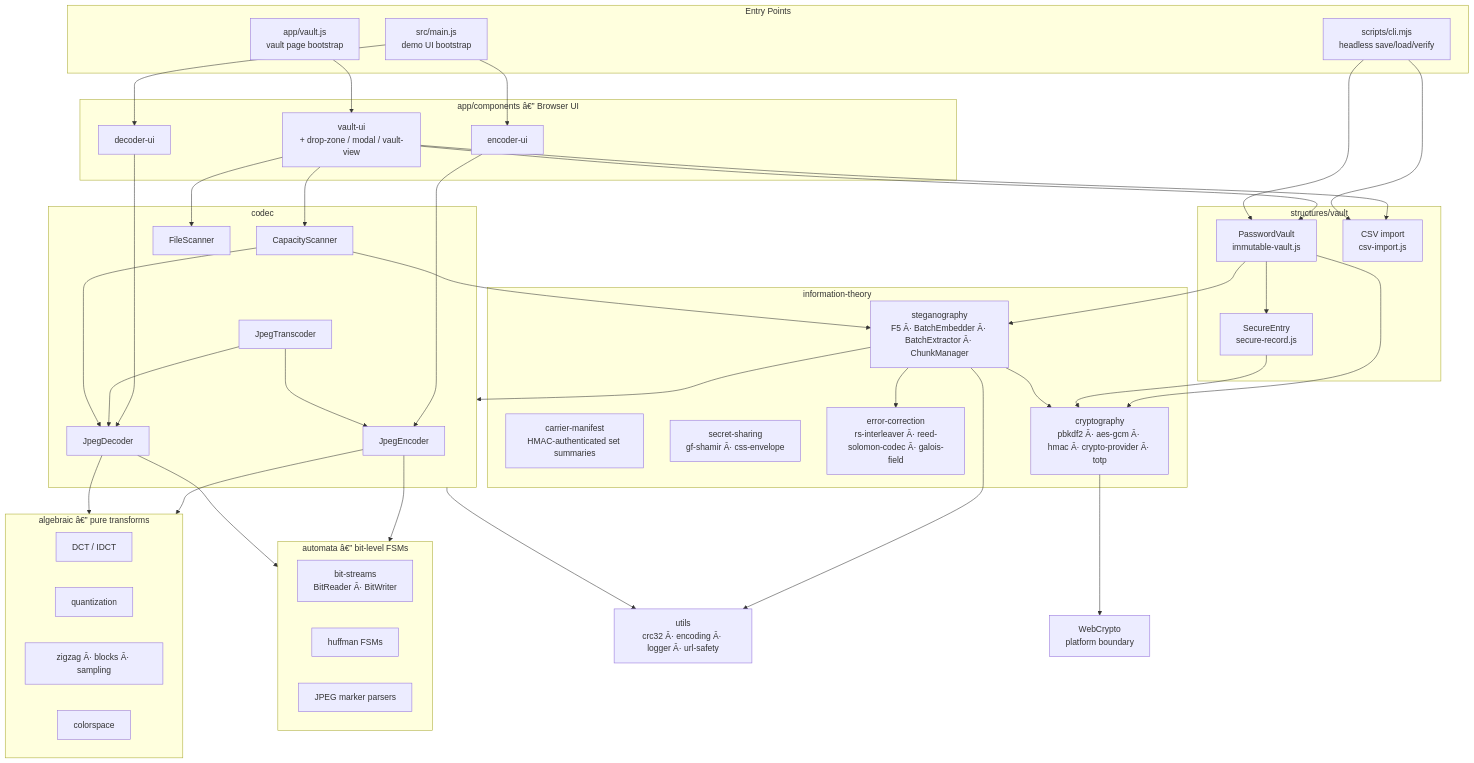
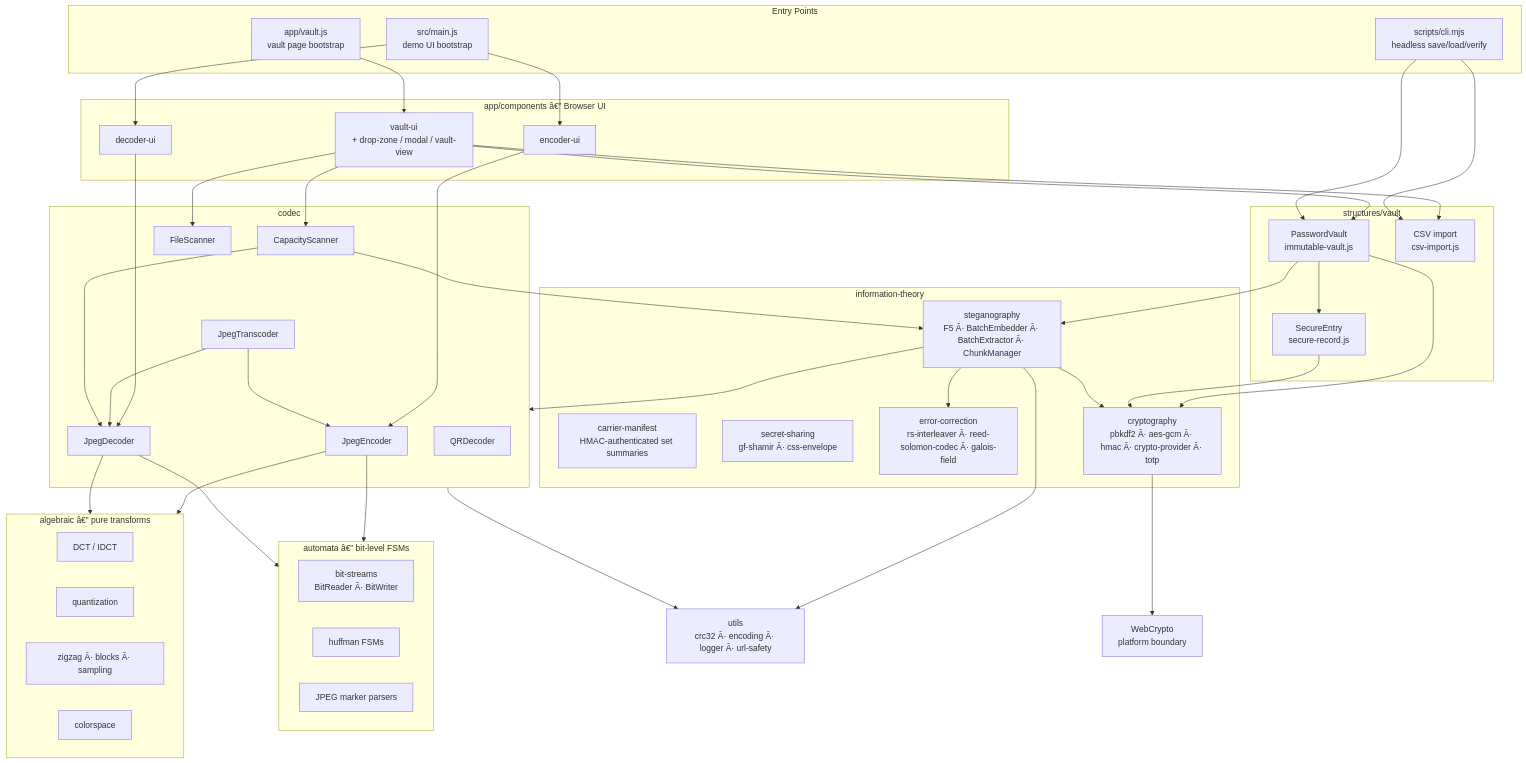
Before and after one commit to jessebeard/Ollie: the first of 6 diagrams in src/specs/WIREFRAME.md, drawn with Mermaid. The commit also changed other lines of this file and 20 other files, not shown here.

```diff
--- a/src/specs/WIREFRAME.md
+++ b/src/specs/WIREFRAME.md
@@ -103,6 +104,7 @@
         JT["JpegTranscoder"]
         CAP["CapacityScanner"]
         FSC["FileScanner"]
+        QRD["QRDecoder"]
     end
 
     subgraph MATH["algebraic â€” pure transforms"]
```
